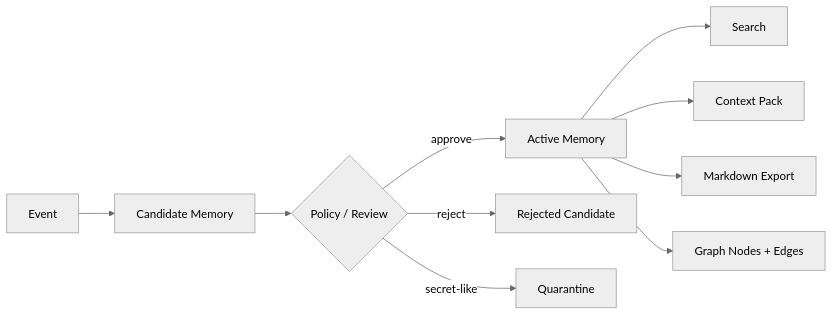
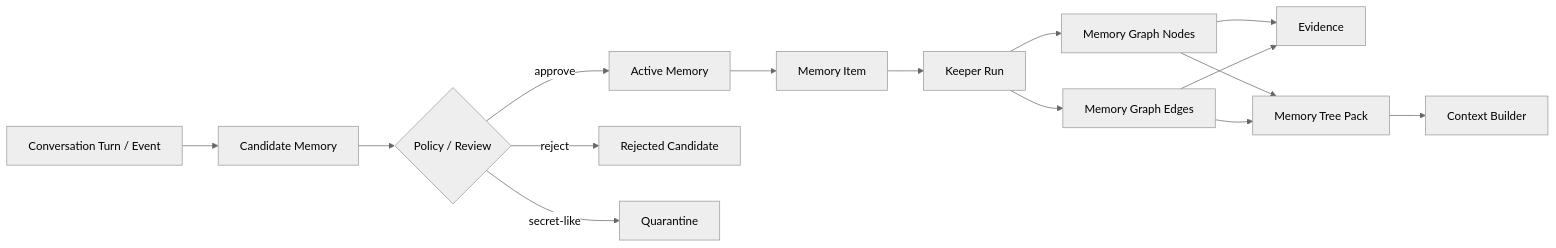
The diagram in README.md (huyugobatecob-gif/agent-memory-kernel), drawn with Mermaid (neutral theme) before and after one commit. The commit also changed other lines of this file and 11 other files, not shown here.

Commit message:
Implement persistent agent memory graph

````diff
--- a/README.md
+++ b/README.md
@@ -124,12 +171,17 @@
 ```mermaid
 flowchart LR
-    A["Event"] --> B["Candidate Memory"]
+    A["Conversation Turn / Event"] --> B["Candidate Memory"]
     B --> C{"Policy / Review"}
     C -->|"approve"| D["Active Memory"]
     C -->|"reject"| E["Rejected Candidate"]
     C -->|"secret-like"| F["Quarantine"]
-    D --> G["Search"]
-    D --> H["Context Pack"]
-    D --> I["Markdown Export"]
-    D --> J["Graph Nodes + Edges"]
+    D --> G["Memory Item"]
+    G --> H["Keeper Run"]
+    H --> I["Memory Graph Nodes"]
+    H --> J["Memory Graph Edges"]
+    I --> K["Evidence"]
+    J --> K
+    I --> L["Memory Tree Pack"]
+    J --> L
+    L --> M["Context Builder"]
 ```
````
